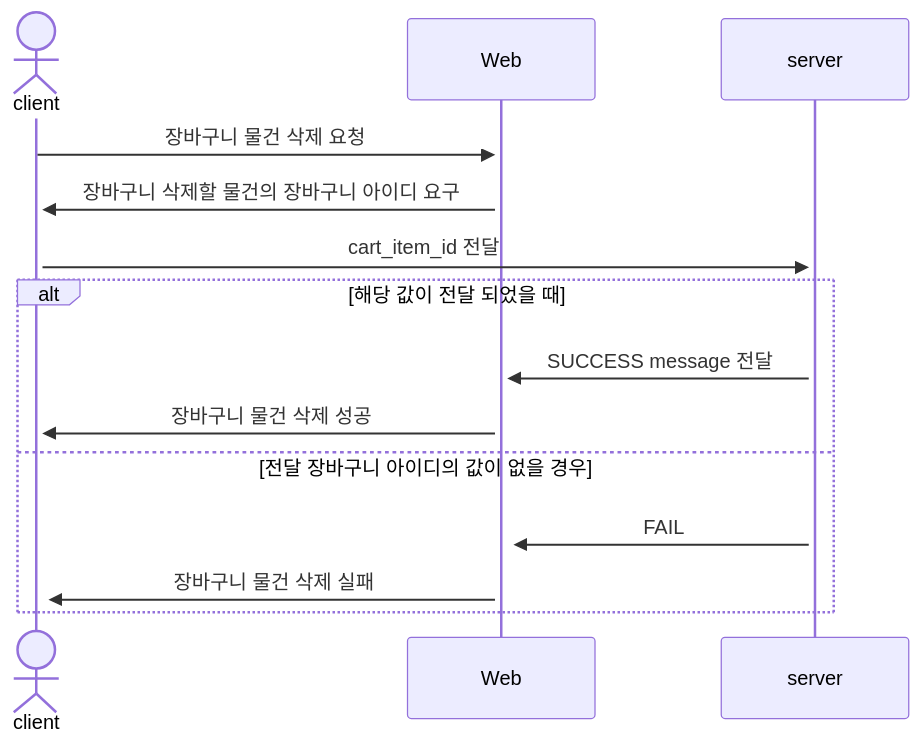
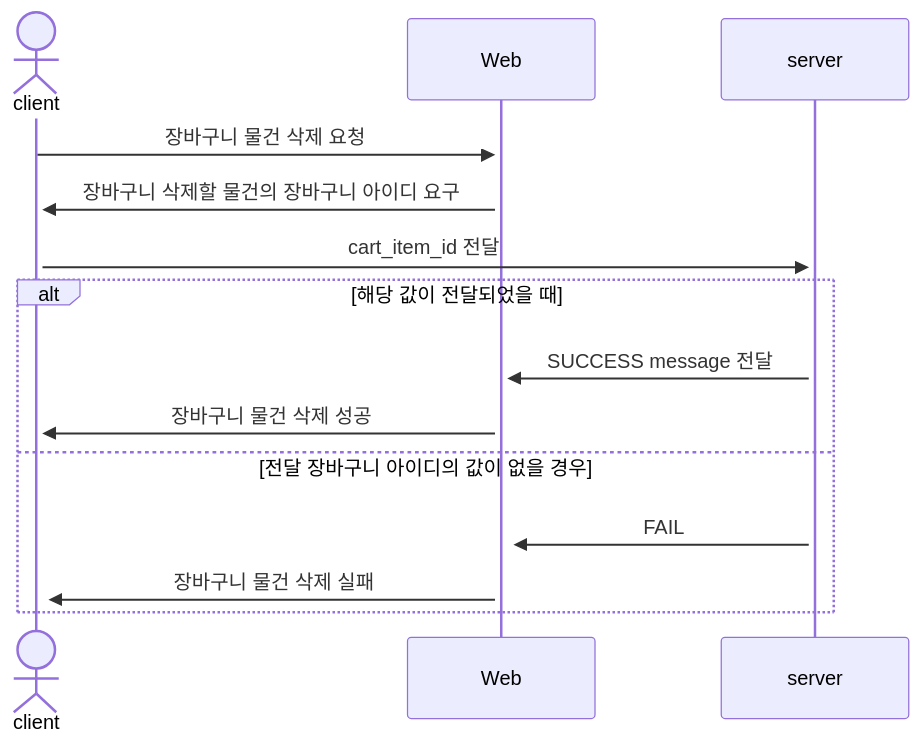
Before and after one commit to gustn1029/openMarket: the tenth of 12 diagrams in README.md, drawn with Mermaid. The commit also changed other lines of this file, not shown here.

````diff
--- a/README.md
+++ b/README.md
@@ -179,16 +206,16 @@
 ```mermaid
     sequenceDiagram
     actor A as client
     participant B as Web
     participant C as server
     A->>+B: 장바구니 물건 삭제 요청
     B->>+A: 장바구니 삭제할 물건의 장바구니 아이디 요구
     A->>+C: cart_item_id 전달
-    alt 해당 값이 전달 되었을 때
-    C->>+B: SUCCESS message 전달
-    B->>+A: 장바구니 물건 삭제 성공
+    alt 해당 값이 전달되었을 때
+        C->>+B: SUCCESS message 전달
+        B->>+A: 장바구니 물건 삭제 성공
     else 전달 장바구니 아이디의 값이 없을 경우
-    C->>+B: FAIL
-    B->>+A: 장바구니 물건 삭제 실패
+        C->>+B: FAIL
+        B->>+A: 장바구니 물건 삭제 실패
     end
 ```
````
